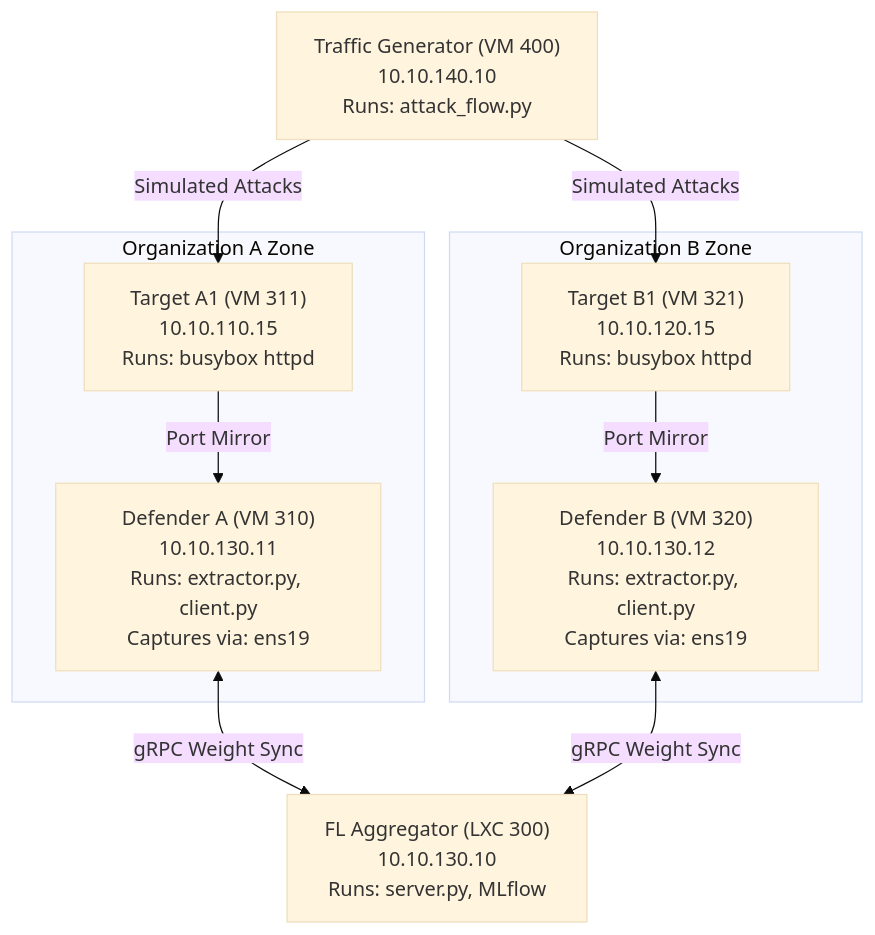
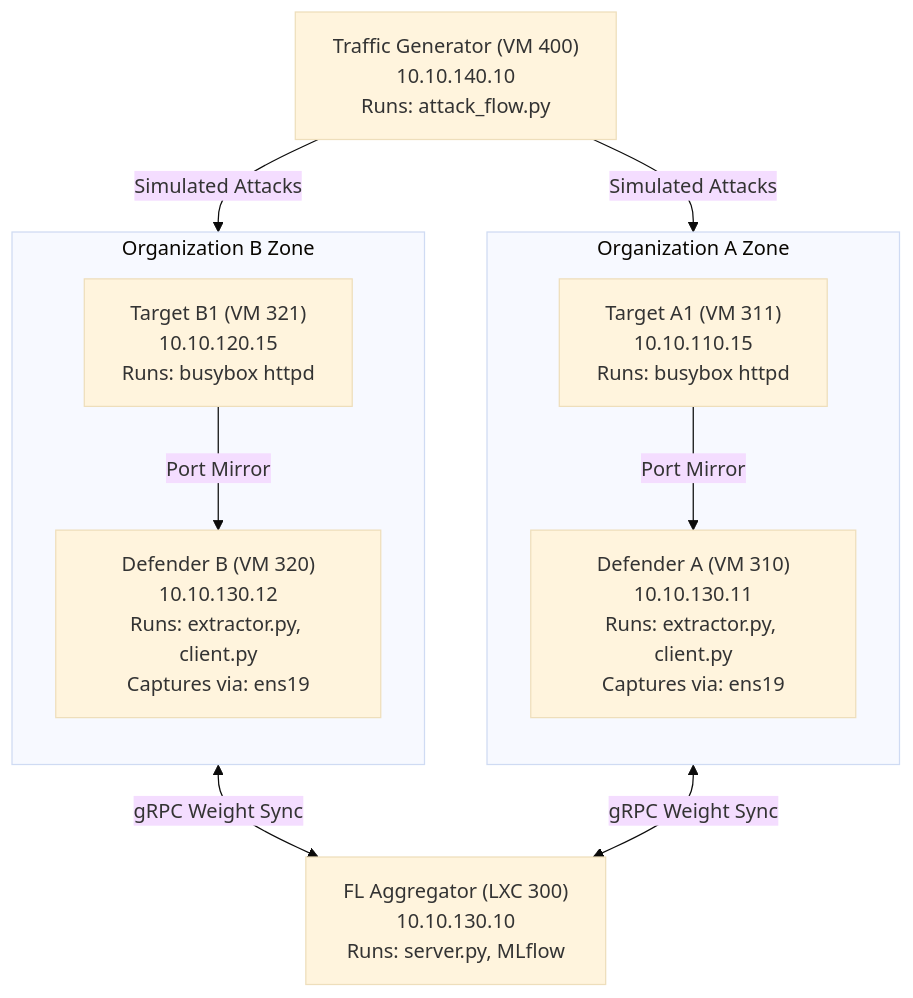
One commit to rhaffle87/fl-cl changed the diagram in docs/04_orchestration.md. Above: the diagram before and after it, drawn with Mermaid (base theme). The commit also changed other lines of this file and 30 other files, not shown here.

Commit message:
feat: implement multi-architecture threat classification models and expand project documentation infrastructure

````diff
--- a/docs/04_orchestration.md
+++ b/docs/04_orchestration.md
@@ -11,22 +11,24 @@
 ```mermaid
-graph TD
- Aggregator["FL Aggregator (LXC 300)<br/>10.10.130.10<br/>Runs: server.py, MLflow"]
- TG["Traffic Generator (VM 400)<br/>10.10.140.10<br/>Runs: attack_flow.py"]
+flowchart TD
+    Aggregator["FL Aggregator (LXC 300)<br/>10.10.130.10<br/>Runs: server.py, MLflow"]
+    TG["Traffic Generator (VM 400)<br/>10.10.140.10<br/>Runs: attack_flow.py"]
 
- subgraph OrgA ["Organization A Zone"]
- DefenderA["Defender A (VM 310)<br/>10.10.130.11<br/>Runs: extractor.py, client.py<br/>Captures via: ens19"]
- TargetA["Target A1 (VM 311)<br/>10.10.110.15<br/>Runs: busybox httpd"]
- TargetA -->|Port Mirror| DefenderA
- end
+    subgraph OrgA ["Organization A Zone"]
+        direction TB
+        DefenderA["Defender A (VM 310)<br/>10.10.130.11<br/>Runs: extractor.py, client.py<br/>Captures via: ens19"]
+        TargetA["Target A1 (VM 311)<br/>10.10.110.15<br/>Runs: busybox httpd"]
+        TargetA -->|Port Mirror| DefenderA
+    end
 
- subgraph OrgB ["Organization B Zone"]
- DefenderB["Defender B (VM 320)<br/>10.10.130.12<br/>Runs: extractor.py, client.py<br/>Captures via: ens19"]
- TargetB["Target B1 (VM 321)<br/>10.10.120.15<br/>Runs: busybox httpd"]
- TargetB -->|Port Mirror| DefenderB
- end
+    subgraph OrgB ["Organization B Zone"]
+        direction TB
+        DefenderB["Defender B (VM 320)<br/>10.10.130.12<br/>Runs: extractor.py, client.py<br/>Captures via: ens19"]
+        TargetB["Target B1 (VM 321)<br/>10.10.120.15<br/>Runs: busybox httpd"]
+        TargetB -->|Port Mirror| DefenderB
+    end
 
- DefenderA <-->|gRPC Weight Sync| Aggregator
- DefenderB <-->|gRPC Weight Sync| Aggregator
- TG -->|Simulated Attacks| TargetA
- TG -->|Simulated Attacks| TargetB
+    DefenderA <-->|gRPC Weight Sync| Aggregator
+    DefenderB <-->|gRPC Weight Sync| Aggregator
+    TG -->|Simulated Attacks| TargetA
+    TG -->|Simulated Attacks| TargetB
 ```
````
